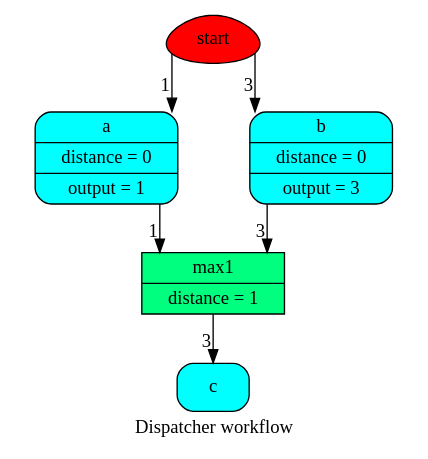
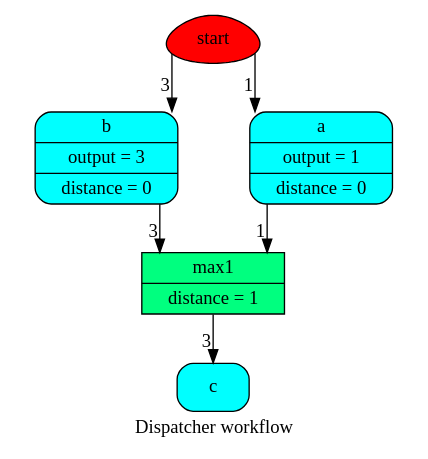
The diagram in doc/source/dispatcher/__init__/remove_cycles/wf.dot (vinci1it2000/schedula), drawn with Graphviz before and after one commit. The commit also changed 23 other files, not shown here.

```diff
--- a/doc/source/dispatcher/__init__/remove_cycles/wf.dot
+++ b/doc/source/dispatcher/__init__/remove_cycles/wf.dot
@@ -1,16 +1,16 @@
 digraph Dispatcher {
 	graph [ratio=1]
 	node [style=filled]
 	splines = ortho
 	label = "Dispatcher workflow"
-		Dispatcher_4372611384 [label=start fillcolor=red shape=egg]
-		"Dispatcher_-7776202301500148952" [label="{ a | distance = 0 | output = 1 }" fillcolor=cyan shape=Mrecord]
-		Dispatcher_2818472975434021684 [label="{ max1 | distance = 1 }" fillcolor=springgreen shape=record]
-		Dispatcher_1161704250910580454 [label="{ c  }" fillcolor=cyan shape=Mrecord]
-		Dispatcher_3212931600518739037 [label="{ b | distance = 0 | output = 3 }" fillcolor=cyan shape=Mrecord]
-			"Dispatcher_-7776202301500148952" -> Dispatcher_2818472975434021684 [xlabel=1]
-			Dispatcher_2818472975434021684 -> Dispatcher_1161704250910580454 [xlabel=3]
-			Dispatcher_4372611384 -> "Dispatcher_-7776202301500148952" [xlabel=1]
-			Dispatcher_4372611384 -> Dispatcher_3212931600518739037 [xlabel=3]
-			Dispatcher_3212931600518739037 -> Dispatcher_2818472975434021684 [xlabel=3]
+		Dispatcher_4373696824 [label=start fillcolor=red shape=egg]
+		Dispatcher_5626300579074633926 [label="{ c  }" fillcolor=cyan shape=Mrecord]
+		"Dispatcher_-427784935824896063" [label="{ b | output = 3 | distance = 0 }" fillcolor=cyan shape=Mrecord]
+		Dispatcher_6219786496490120801 [label="{ max1 | distance = 1 }" fillcolor=springgreen shape=record]
+		"Dispatcher_-3574468403947108869" [label="{ a | output = 1 | distance = 0 }" fillcolor=cyan shape=Mrecord]
+			"Dispatcher_-427784935824896063" -> Dispatcher_6219786496490120801 [xlabel=3]
+			Dispatcher_6219786496490120801 -> Dispatcher_5626300579074633926 [xlabel=3]
+			Dispatcher_4373696824 -> "Dispatcher_-427784935824896063" [xlabel=3]
+			Dispatcher_4373696824 -> "Dispatcher_-3574468403947108869" [xlabel=1]
+			"Dispatcher_-3574468403947108869" -> Dispatcher_6219786496490120801 [xlabel=1]
 }
```
